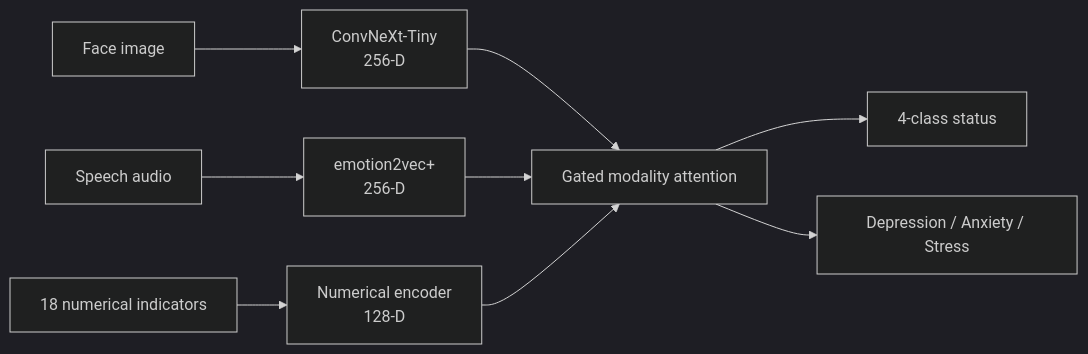
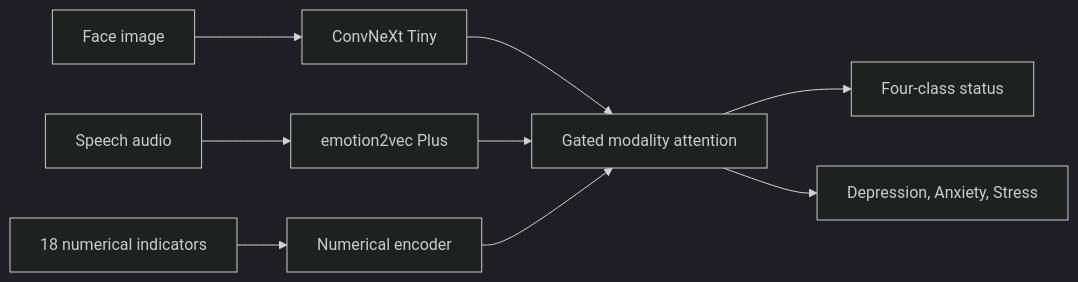
The diagram in README.md (V-Preetha/Explainable-Multimodal-Mental-Health-AI), drawn with Mermaid (dark theme) before and after one commit.

Commit message:
Fix GitHub architecture diagram

````diff
--- a/README.md
+++ b/README.md
@@ -9,11 +9,11 @@
 ```mermaid
 flowchart LR
-  I["Face image"] --> F["ConvNeXt-Tiny\n256-D"]
-  A["Speech audio"] --> S["emotion2vec+\n256-D"]
-  N["18 numerical indicators"] --> E["Numerical encoder\n128-D"]
-  F --> G["Gated modality attention"]
-  S --> G
-  E --> G
-  G --> C["4-class status"]
-  G --> R["Depression / Anxiety / Stress"]
+  FACE[Face image] --> FACE_MODEL[ConvNeXt Tiny]
+  AUDIO[Speech audio] --> SPEECH_MODEL[emotion2vec Plus]
+  NUM[18 numerical indicators] --> NUM_MODEL[Numerical encoder]
+  FACE_MODEL --> FUSION[Gated modality attention]
+  SPEECH_MODEL --> FUSION
+  NUM_MODEL --> FUSION
+  FUSION --> STATUS[Four-class status]
+  FUSION --> SCORES[Depression, Anxiety, Stress]
 ```
````
